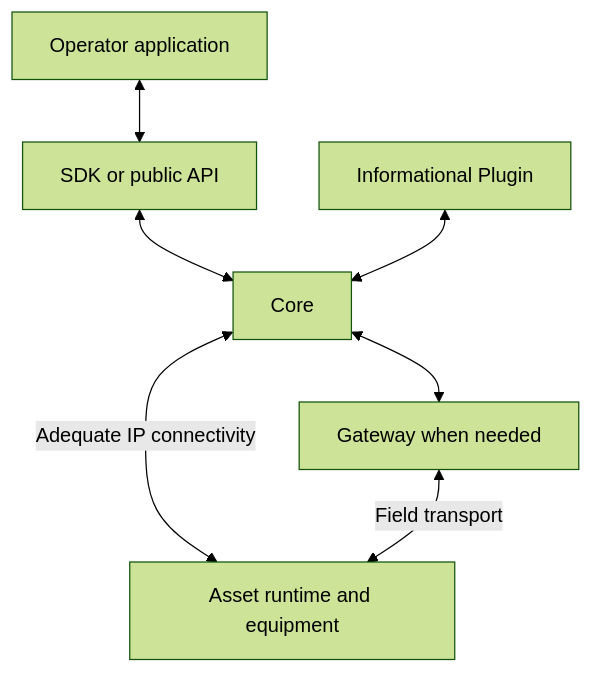
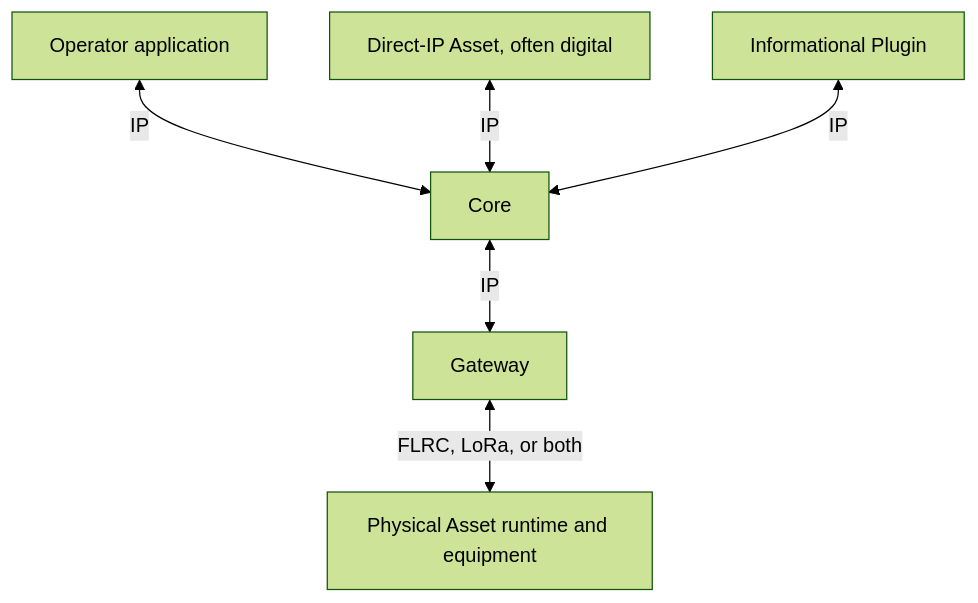
The diagram in atlas/using-atlas.md (atlas-field-systems/atlas), drawn with Mermaid (forest theme) before and after one commit. The commit also changed other lines of this file and 12 other files, not shown here.

Commit message:
docs: focus the charter on Atlas operating context (#4)

````diff
--- a/atlas/using-atlas.md
+++ b/atlas/using-atlas.md
@@ -11,9 +9,8 @@
 ```mermaid
 flowchart TD
-    U[Operator application] <--> S[SDK or public API]
-    S <--> C[Core]
-    C <-->|Adequate IP connectivity| A[Asset runtime and equipment]
-    C <--> G[Gateway when needed]
-    G <-->|Field transport| A
-    P[Informational Plugin] <--> C
+    U[Operator application] <-->|IP| C[Core]
+    C <-->|IP| G[Gateway]
+    G <-->|FLRC, LoRa, or both| A[Physical Asset runtime and equipment]
+    D[Direct-IP Asset, often digital] <-->|IP| C
+    P[Informational Plugin] <-->|IP| C
 ```
````
